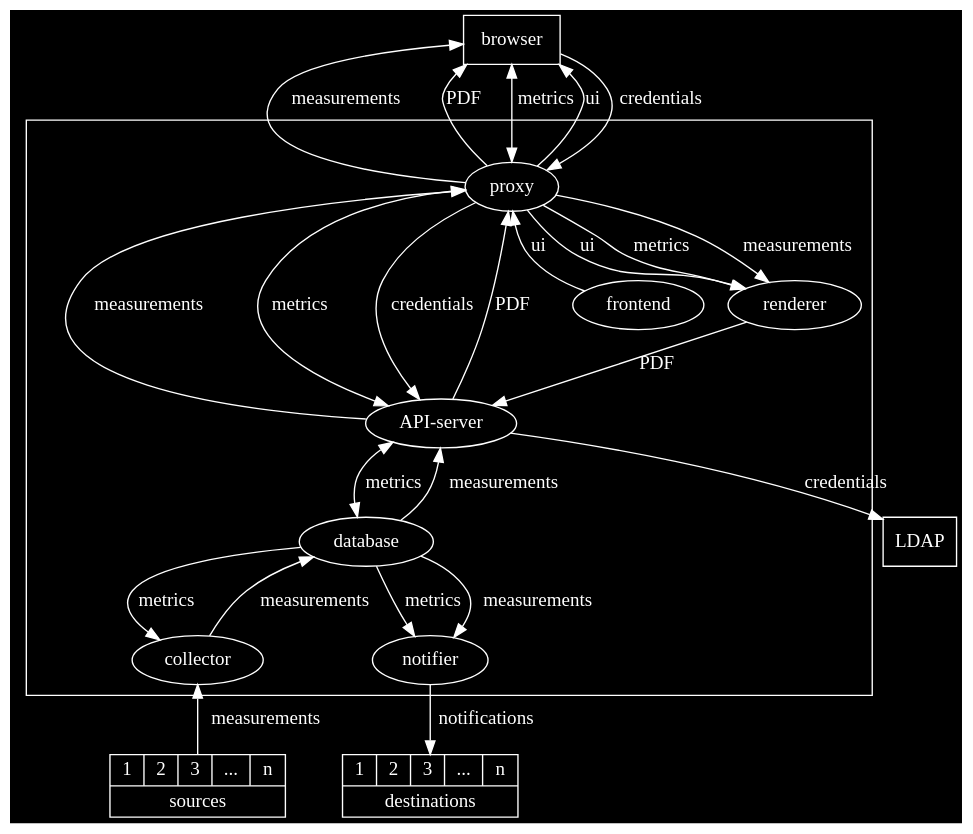
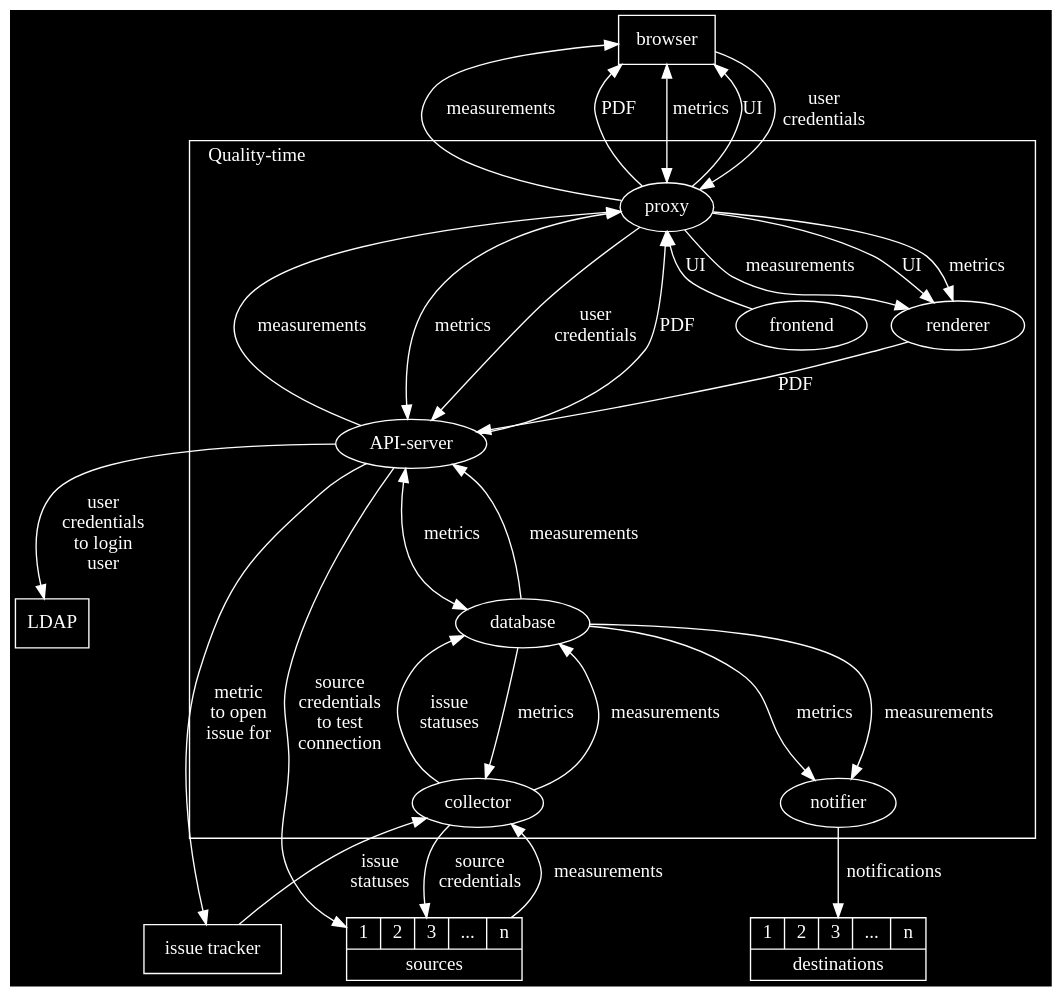
One commit to ICTU/quality-time changed the diagram in docs/src/components-dark.dot. Above: the diagram before and after it, drawn with Graphviz. The commit also changed 3 other files, not shown here.

First line of the commit message:
Fix API-server documentation

```diff
--- a/docs/src/components-dark.dot
+++ b/docs/src/components-dark.dot
@@ -1,38 +1,46 @@
 digraph {
-  graph [bgcolor=transparant, fontname="SFMono-Regular"]
+  graph [bgcolor=black, fontname="SFMono-Regular"]
   node [color=white, fontcolor=white, fontname="SFMono-Regular"]
   edge [color=white, fontcolor=white, fontname="SFMono-Regular"]
+  ldap [shape=rectangle, label="LDAP"]
   browser [shape=rectangle]
-  ldap [shape=rectangle, label="LDAP"]
+  issue_tracker [shape=rectangle, label="issue tracker"]
   subgraph cluster_qt {
     rank="min"
     label="Quality-time"
+    labeljust="left"
     color=white
+    fontcolor="white"
     api_server [label="API-server"]
-    proxy -> frontend [label=ui, dir="back"]
+    proxy -> frontend [label=UI, dir="back"]
     proxy -> api_server [label=measurements, dir="back"]
     proxy -> api_server [label=metrics, dir="both"]
-    proxy -> api_server [label=credentials]
+    proxy -> api_server [label="user\ncredentials"]
     proxy -> api_server [label=PDF, dir="back"]
-    proxy -> renderer [label=ui]
+    proxy -> renderer [label=UI]
     proxy -> renderer [label=metrics]
     proxy -> renderer [label=measurements]
     api_server -> database [label=metrics, dir="both"]
     api_server -> database [label=measurements, dir="back"]
     database -> collector [label=metrics]
     database -> collector [label=measurements, dir="back"]
+    database -> collector [label="issue\nstatuses", dir="back"]
     database -> notifier [label=metrics]
     database -> notifier [label=measurements]
     renderer -> api_server [label=PDF]
   }
   browser -> proxy [label=measurements, dir="back"]
   browser -> proxy [label=PDF, dir="back"]
   browser -> proxy [label=metrics, dir="both"]
-  browser -> proxy [label=ui, dir="back"]
-  browser -> proxy [label=credentials]
+  browser -> proxy [label=UI, dir="back"]
+  browser -> proxy [label="user\ncredentials"]
   collector -> source [label=measurements, dir="back"]
-  notifier -> destination [label=notifications]
-  api_server -> ldap [label=credentials]
+  collector -> source [label="source\ncredentials"]
+  collector -> issue_tracker [label="issue\nstatuses", dir="back"]
+  api_server -> ldap [label="user\ncredentials\nto login\nuser"]
+  api_server -> source [label="source\ncredentials\nto test\nconnection"]
+  api_server -> issue_tracker [label="metric\nto open\nissue for"]
   source [label="{{1|2|3|...|n}|sources}" shape=record]
   destination [label="{{1|2|3|...|n}|destinations}" shape=record]
+  notifier -> destination [label=notifications]
 }
```
